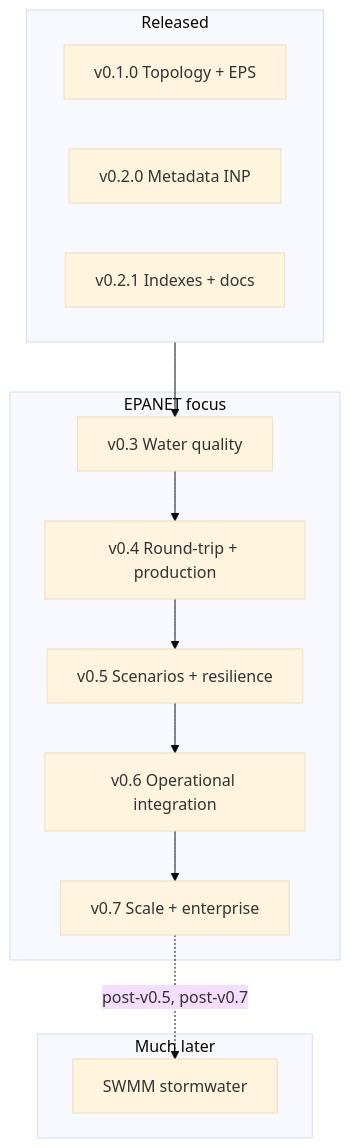
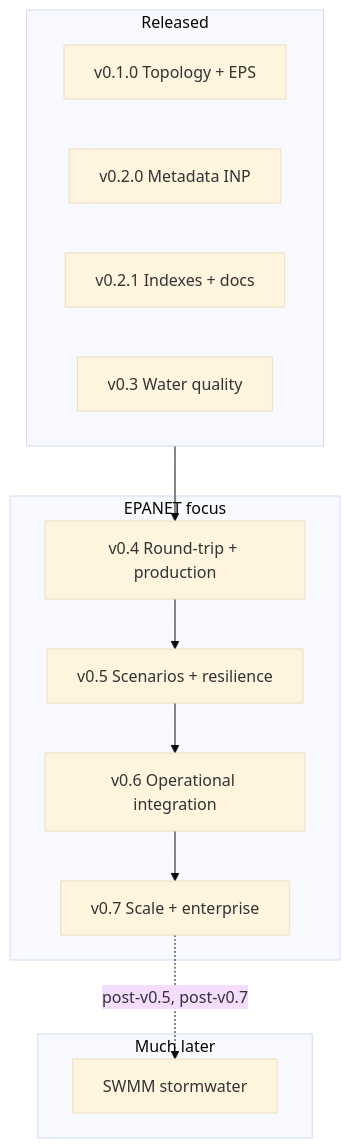
The diagram in ROADMAP.md (danimarindev/pg_epanet), drawn with Mermaid (base theme) before and after one commit. The commit also changed other lines of this file and 8 other files, not shown here.

First line of the commit message:
feat: add water quality simulation (v0.3.0)

````diff
--- a/ROADMAP.md
+++ b/ROADMAP.md
@@ -29,20 +29,20 @@
 ```mermaid
 flowchart TB
   subgraph done [Released]
     v01[v0.1.0 Topology + EPS]
     v02[v0.2.0 Metadata INP]
     v021[v0.2.1 Indexes + docs]
+    v03[v0.3 Water quality]
   end
   subgraph epanet_core [EPANET focus]
-    v03[v0.3 Water quality]
     v04[v0.4 Round-trip + production]
     v05[v0.5 Scenarios + resilience]
     v06[v0.6 Operational integration]
     v07[v0.7 Scale + enterprise]
   end
   subgraph horizon [Much later]
     swmm[SWMM stormwater]
   end
-  done --> v03 --> v04 --> v05 --> v06 --> v07
+  done --> v04 --> v05 --> v06 --> v07
   v07 -.->|"post-v0.5, post-v0.7"| swmm
 ```
````
